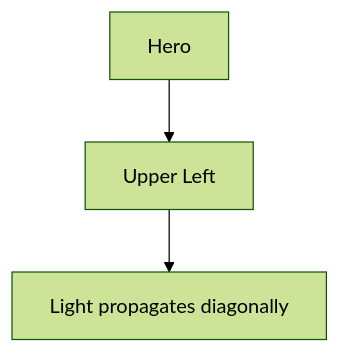
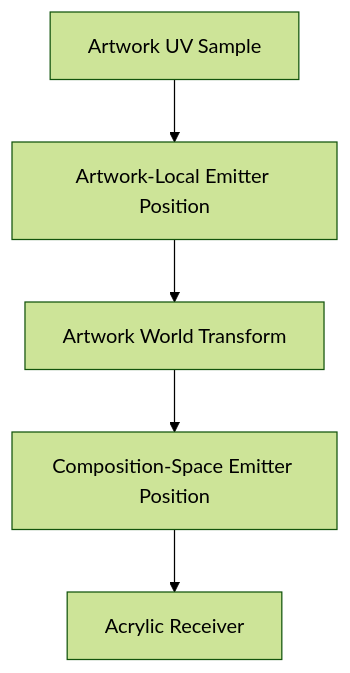
Before and after one commit to mosaic-media/architecture: the fourth of 7 diagrams in docs/design/system/mds-003-material-system/08-uv-indexed-refraction.md, drawn with Mermaid (forest theme). The commit also changed other lines of this file and 12 other files, not shown here.

Commit message:
docs(mds-003): define refraction architecture

````diff
--- a/docs/design/system/mds-003-material-system/08-uv-indexed-refraction.md
+++ b/docs/design/system/mds-003-material-system/08-uv-indexed-refraction.md
@@ -263,10 +208,14 @@
 ```mermaid
 flowchart TD
 
-N1["Hero"]
-N2["Upper Left"]
-N3["Light propagates diagonally"]
+N1["Artwork UV Sample"]
+N2["Artwork-Local Emitter Position"]
+N3["Artwork World Transform"]
+N4["Composition-Space Emitter Position"]
+N5["Acrylic Receiver"]
 
 N1 --> N2
 N2 --> N3
+N3 --> N4
+N4 --> N5
 ```
````
